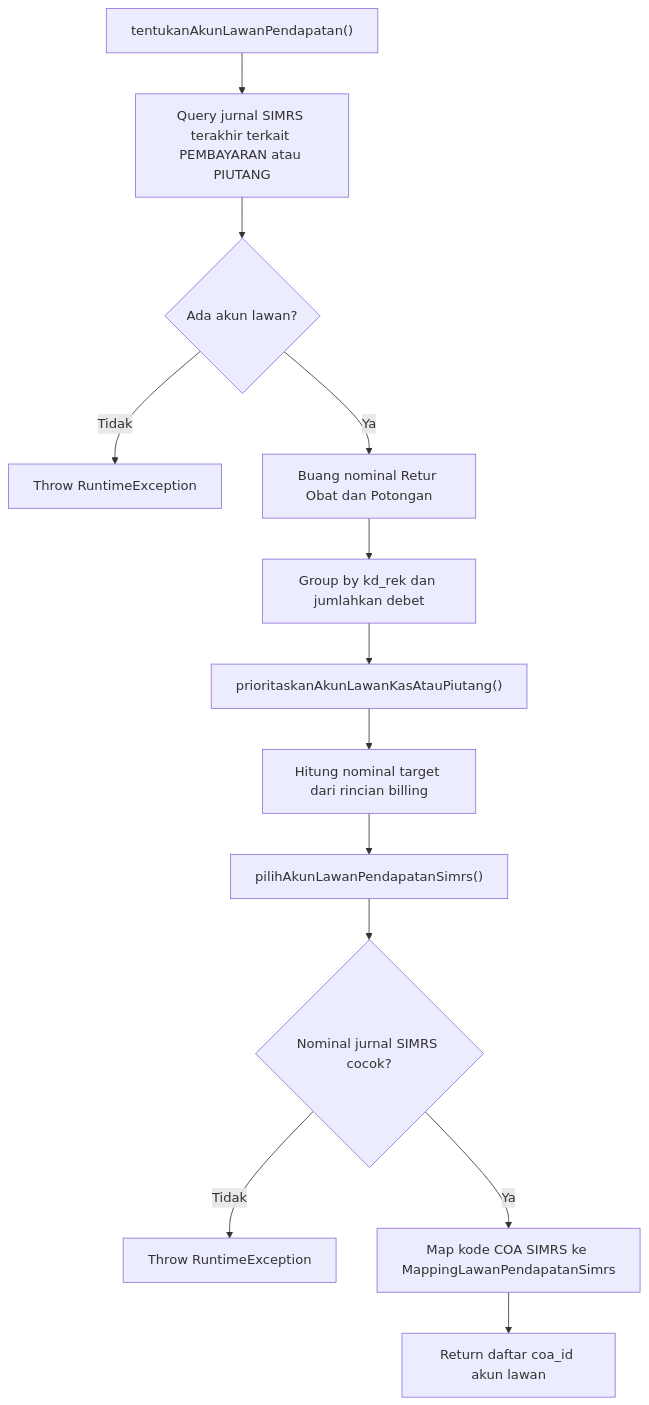
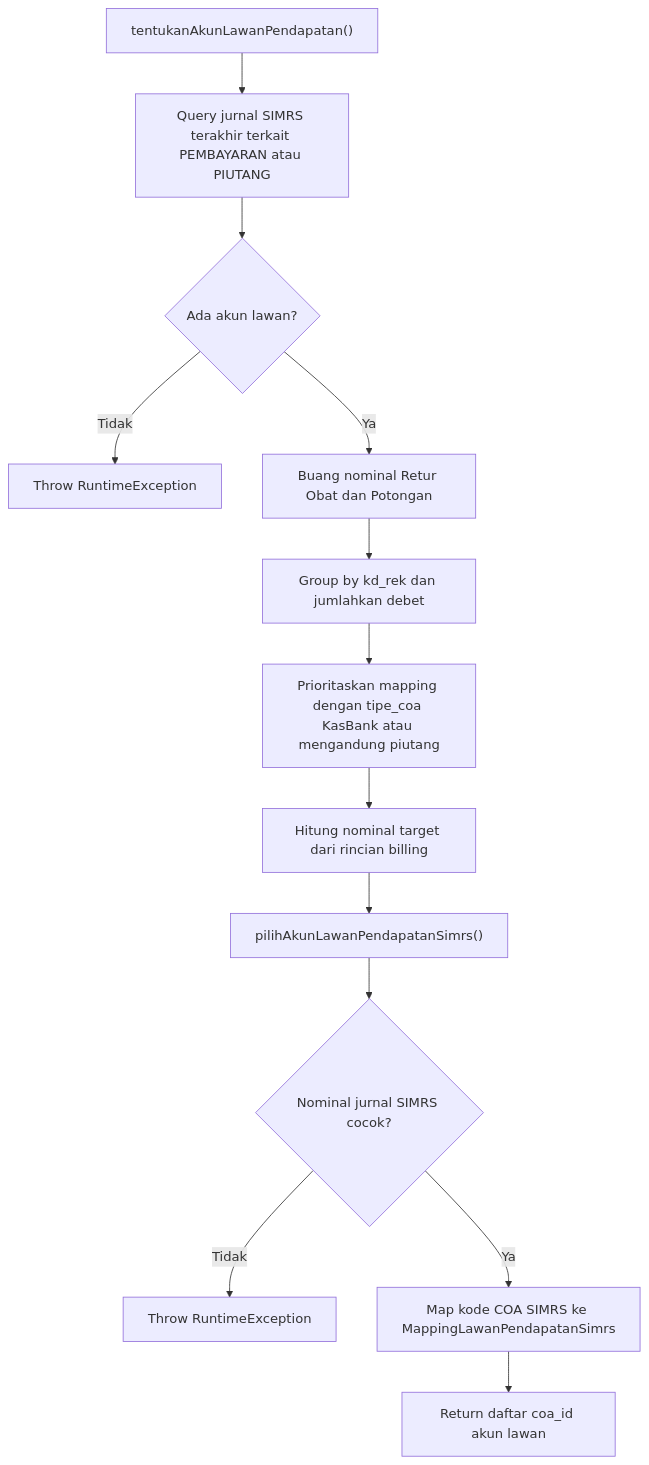
One commit to AltamaSidoarjo/laravel-siakurat-pt-smt changed the fourth of 6 diagrams in dokumentasi/bridging-pendapatan.md. Above: the diagram before and after it, drawn with Mermaid. The commit also changed other lines of this file, not shown here.

````diff
--- a/dokumentasi/bridging-pendapatan.md
+++ b/dokumentasi/bridging-pendapatan.md
@@ -172,15 +174,15 @@
 ```mermaid
 flowchart TD
     A["tentukanAkunLawanPendapatan()"] --> B["Query jurnal SIMRS terakhir terkait PEMBAYARAN atau PIUTANG"]
     B --> C{"Ada akun lawan?"}
     C -- Tidak --> D["Throw RuntimeException"]
     C -- Ya --> E["Buang nominal Retur Obat dan Potongan"]
     E --> F["Group by kd_rek dan jumlahkan debet"]
-    F --> G["prioritaskanAkunLawanKasAtauPiutang()"]
+    F --> G["Prioritaskan mapping dengan tipe_coa KasBank atau mengandung piutang"]
     G --> H["Hitung nominal target dari rincian billing"]
     H --> I["pilihAkunLawanPendapatanSimrs()"]
     I --> J{"Nominal jurnal SIMRS cocok?"}
     J -- Tidak --> K["Throw RuntimeException"]
     J -- Ya --> L["Map kode COA SIMRS ke MappingLawanPendapatanSimrs"]
     L --> M["Return daftar coa_id akun lawan"]
 ```
````
